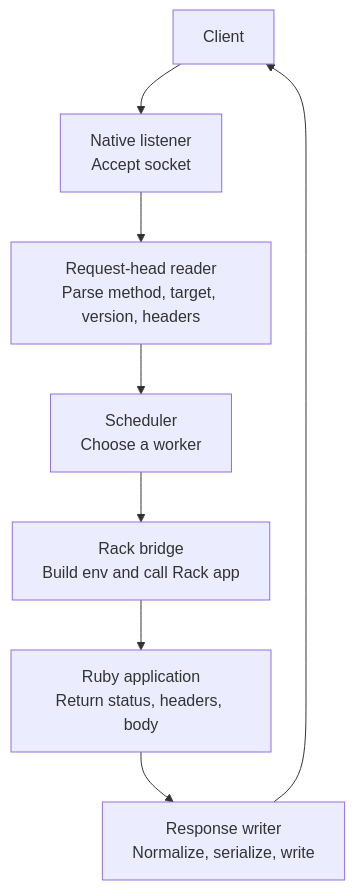
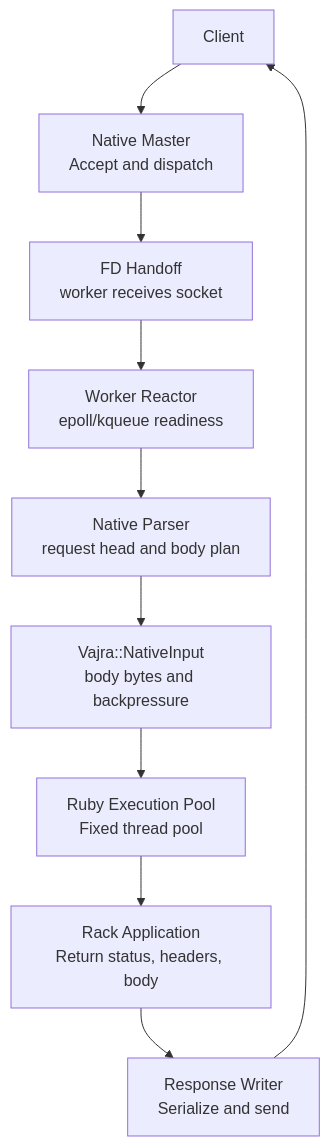
One commit to Code-Vedas/vajra changed the diagram in docs/pages/04-architecture/01-request-path.md. Above: the diagram before and after it, drawn with Mermaid. The commit also changed other lines of this file and 218 other files, not shown here.

````diff
--- a/docs/pages/04-architecture/01-request-path.md
+++ b/docs/pages/04-architecture/01-request-path.md
@@ -12,18 +12,22 @@
 ```mermaid
 flowchart TD
   client["Client"]
-  listener["Native listener<br/>Accept socket"]
-  reader["Request-head reader<br/>Parse method, target, version, headers"]
-  scheduler["Scheduler<br/>Choose a worker"]
-  bridge["Rack bridge<br/>Build env and call Rack app"]
-  ruby_app["Ruby application<br/>Return status, headers, body"]
-  writer["Response writer<br/>Normalize, serialize, write"]
+  master["Native Master<br/>Accept and dispatch"]
+  handoff["FD Handoff<br/>worker receives socket"]
+  worker_reactor["Worker Reactor<br/>epoll/kqueue readiness"]
+  parser["Native Parser<br/>request head and body plan"]
+  input["Vajra::NativeInput<br/>body bytes and backpressure"]
+  execution_pool["Ruby Execution Pool<br/>Fixed thread pool"]
+  ruby_app["Rack Application<br/>Return status, headers, body"]
+  writer["Response Writer<br/>Serialize and send"]
 
-  client --> listener
-  listener --> reader
-  reader --> scheduler
-  scheduler --> bridge
-  bridge --> ruby_app
+  client --> master
+  master --> handoff
+  handoff --> worker_reactor
+  worker_reactor --> parser
+  parser --> input
+  input --> execution_pool
+  execution_pool --> ruby_app
   ruby_app --> writer
   writer --> client
 ```
````
